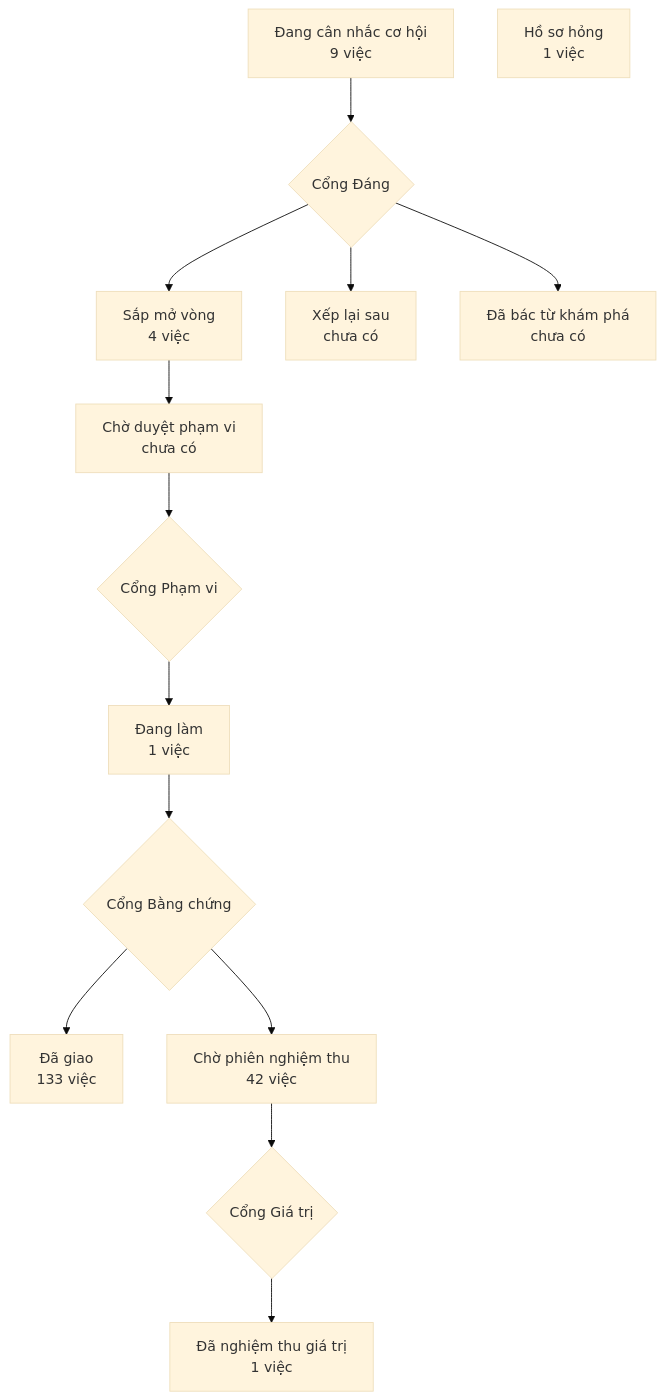
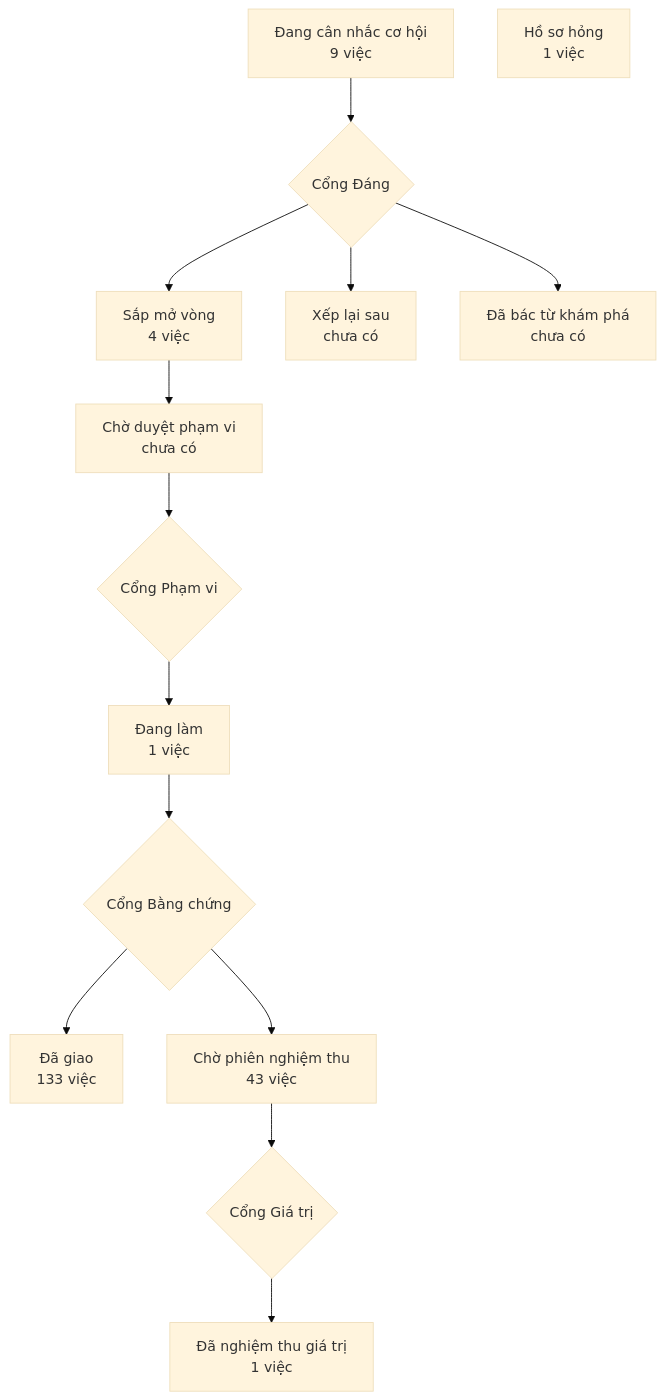
One commit to phanlemanh/crm-onehub changed the diagram in PRODUCT-MAP.md. Above: the diagram before and after it, drawn with Mermaid (base theme). The commit also changed other lines of this file, not shown here.

Commit message:
chore: vẽ lại bản đồ sản phẩm sau khi gộp onehub

````diff
--- a/PRODUCT-MAP.md
+++ b/PRODUCT-MAP.md
@@ -7,13 +7,13 @@
 ```mermaid
 flowchart TD
   A["Đang cân nhắc cơ hội<br/>9 việc"] --> GD{"Cổng Đáng"}
   GD --> B["Sắp mở vòng<br/>4 việc"]
   GD --> XL["Xếp lại sau<br/>chưa có"]
   GD --> DB["Đã bác từ khám phá<br/>chưa có"]
   B --> CD["Chờ duyệt phạm vi<br/>chưa có"] --> GP{"Cổng Phạm vi"}
   GP --> DL["Đang làm<br/>1 việc"] --> GB{"Cổng Bằng chứng"}
   GB --> DG["Đã giao<br/>133 việc"]
-  GB --> CN["Chờ phiên nghiệm thu<br/>42 việc"] --> GG{"Cổng Giá trị"}
+  GB --> CN["Chờ phiên nghiệm thu<br/>43 việc"] --> GG{"Cổng Giá trị"}
   GG --> NT["Đã nghiệm thu giá trị<br/>1 việc"]
   HS["Hồ sơ hỏng<br/>1 việc"]
 ```
````
